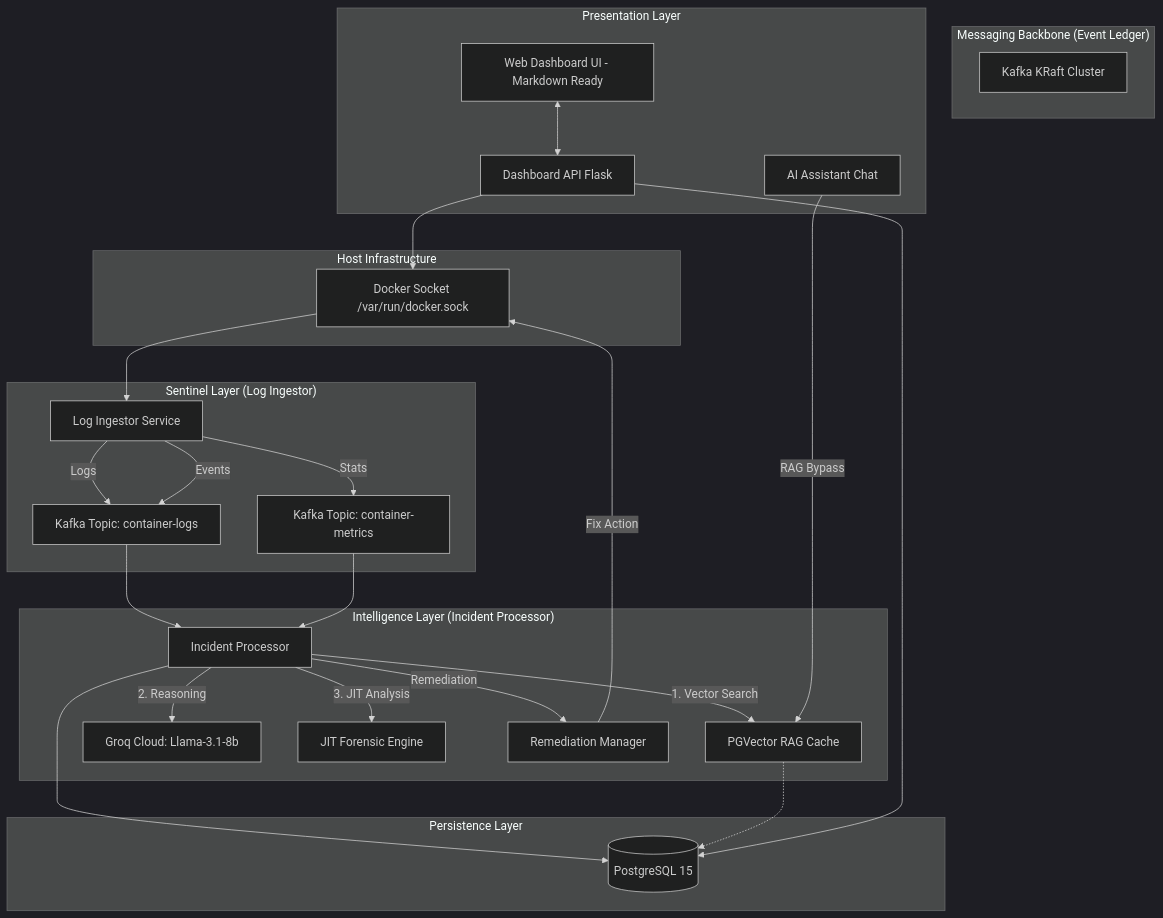
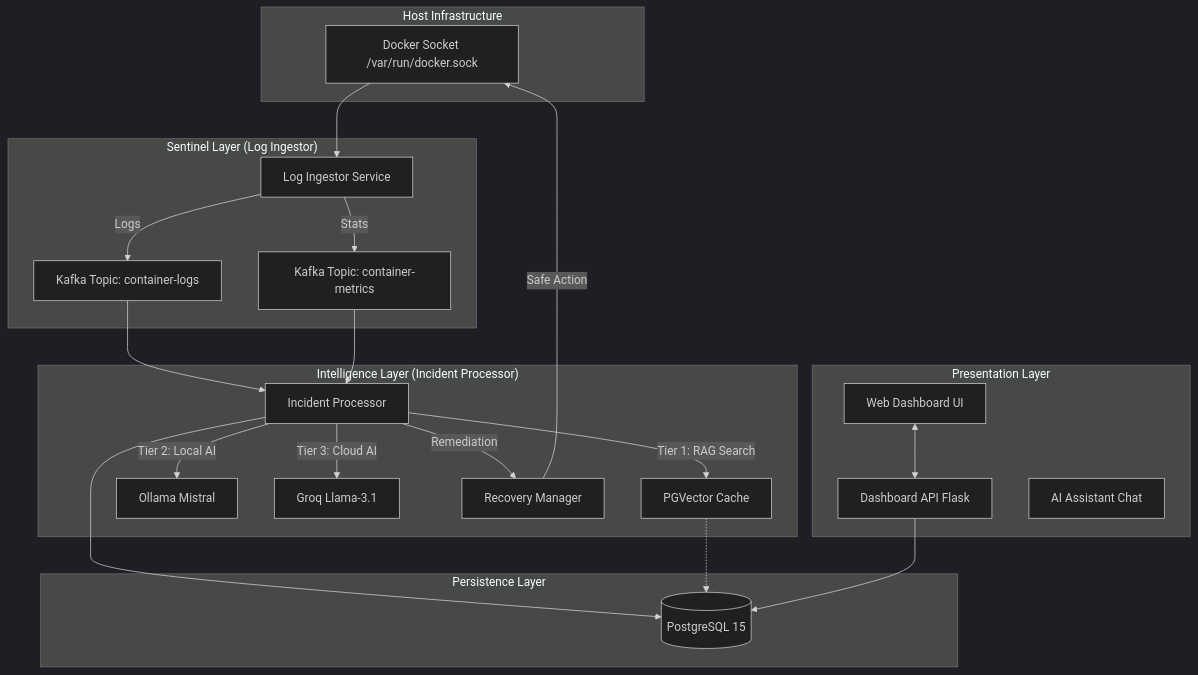
One commit to TulsiDubey/container_doctor changed the diagram in README.md. Above: the diagram before and after it, drawn with Mermaid (dark theme). The commit also changed other lines of this file and 10 other files, not shown here.

````diff
--- a/README.md
+++ b/README.md
@@ -12,47 +12,40 @@
 ```mermaid
 graph TD
     subgraph "Host Infrastructure"
         DS[Docker Socket /var/run/docker.sock]
     end
 
     subgraph "Sentinel Layer (Log Ingestor)"
         LI[Log Ingestor Service]
         DS --> LI
         LI -- "Logs" --> K_LOGS[Kafka Topic: container-logs]
         LI -- "Stats" --> K_METRICS[Kafka Topic: container-metrics]
-        LI -- "Events" --> K_LOGS
-    end
-
-    subgraph "Messaging Backbone (Event Ledger)"
-        K[Kafka KRaft Cluster]
     end
 
     subgraph "Intelligence Layer (Incident Processor)"
         IP[Incident Processor]
         K_LOGS --> IP
         K_METRICS --> IP
         
-        IP -- "1. Vector Search" --> DB_V[PGVector RAG Cache]
-        IP -- "2. Reasoning" --> GROQ[Groq Cloud: Llama-3.1-8b]
-        IP -- "3. JIT Analysis" --> JIT[JIT Forensic Engine]
+        IP -- "Tier 1: RAG Search" --> DB_V[PGVector Cache]
+        IP -- "Tier 2: Local AI" --> OLLAMA[Ollama Mistral]
+        IP -- "Tier 3: Cloud AI" --> GROQ[Groq Llama-3.1]
         
-        IP -- "Remediation" --> RM[Remediation Manager]
-        RM -- "Fix Action" --> DS
+        IP -- "Remediation" --> RM[Recovery Manager]
+        RM -- "Safe Action" --> DS
     end
 
     subgraph "Persistence Layer"
         DB[(PostgreSQL 15)]
         IP --> DB
         DB_V -.-> DB
     end
 
     subgraph "Presentation Layer"
         API[Dashboard API Flask]
-        D[Web Dashboard UI - Markdown Ready]
+        D[Web Dashboard UI]
         CH[AI Assistant Chat]
         API --> DB
-        API --> DS
         D <--> API
-        CH -- "RAG Bypass" --> DB_V
     end
 ```
````
